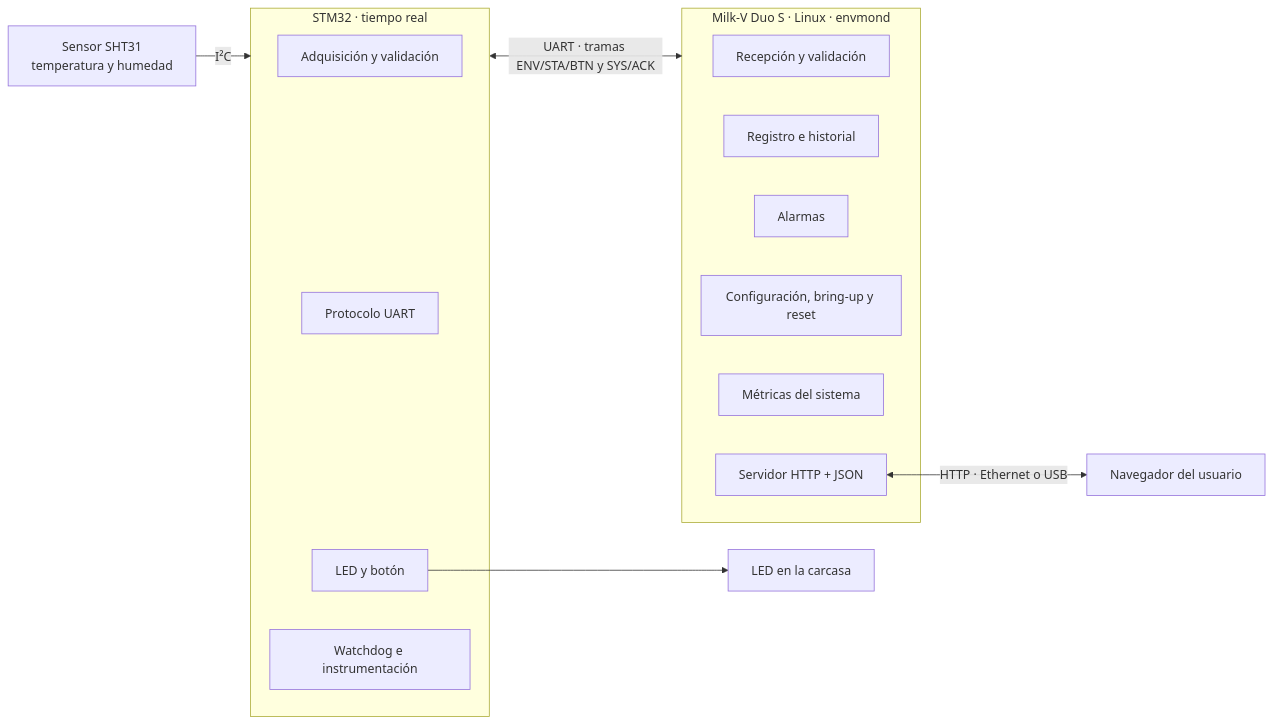
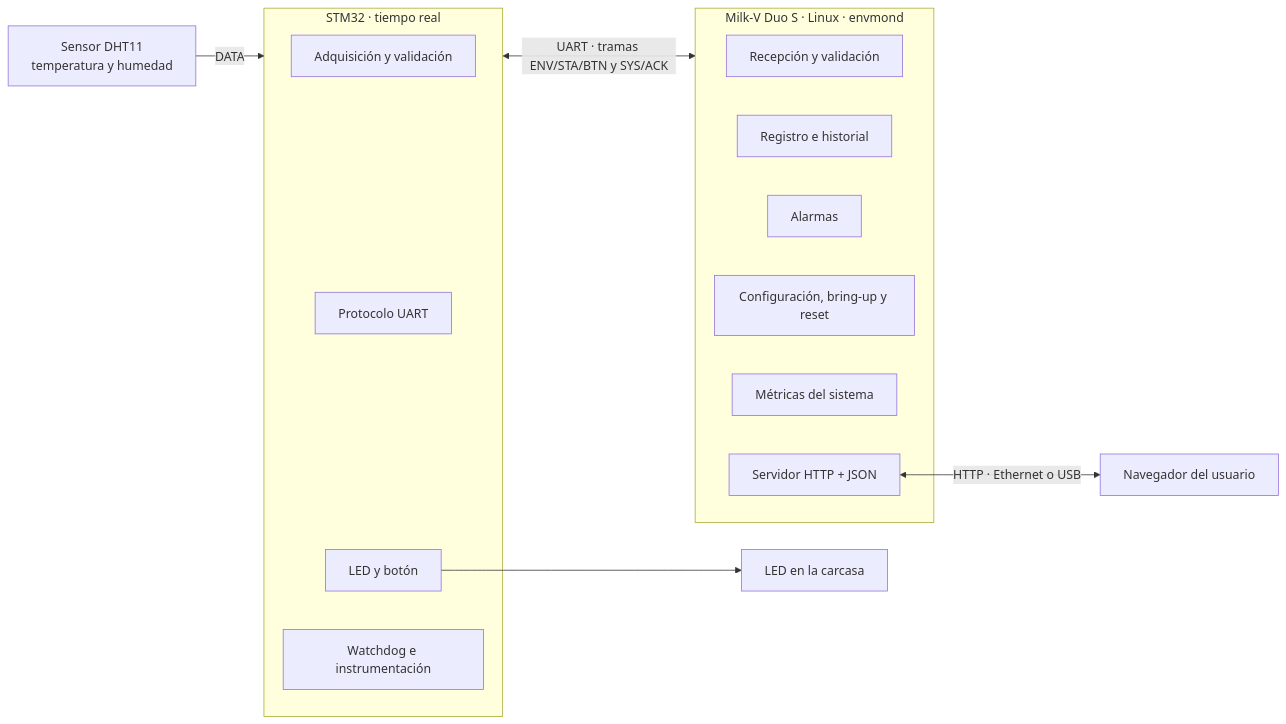
The first of 9 diagrams in docs/arquitectura.md (anhenaobe/smart-environmental-monitoring-system), drawn with Mermaid before and after one commit. The commit also changed other lines of this file and 21 other files, not shown here.

````diff
--- a/docs/arquitectura.md
+++ b/docs/arquitectura.md
@@ -24,21 +24,21 @@
 ```mermaid
 flowchart LR
-    S["Sensor SHT31<br/>temperatura y humedad"] -- I²C --> F
+    S["Sensor DHT11<br/>temperatura y humedad"] -- DATA --> F
     subgraph F["STM32 · tiempo real"]
         F1[Adquisición y validación]
         F2[Protocolo UART]
         F3[LED y botón]
         F4[Watchdog e instrumentación]
     end
     F <-- "UART · tramas ENV/STA/BTN y SYS/ACK" --> L
     subgraph L["Milk-V Duo S · Linux · envmond"]
         L1[Recepción y validación]
         L2[Registro e historial]
         L3[Alarmas]
         L4[Configuración, bring-up y reset]
         L5[Métricas del sistema]
         L6[Servidor HTTP + JSON]
     end
     L6 <-- "HTTP · Ethernet o USB" --> U[Navegador del usuario]
     F3 --> V[LED en la carcasa]
 ```
````
